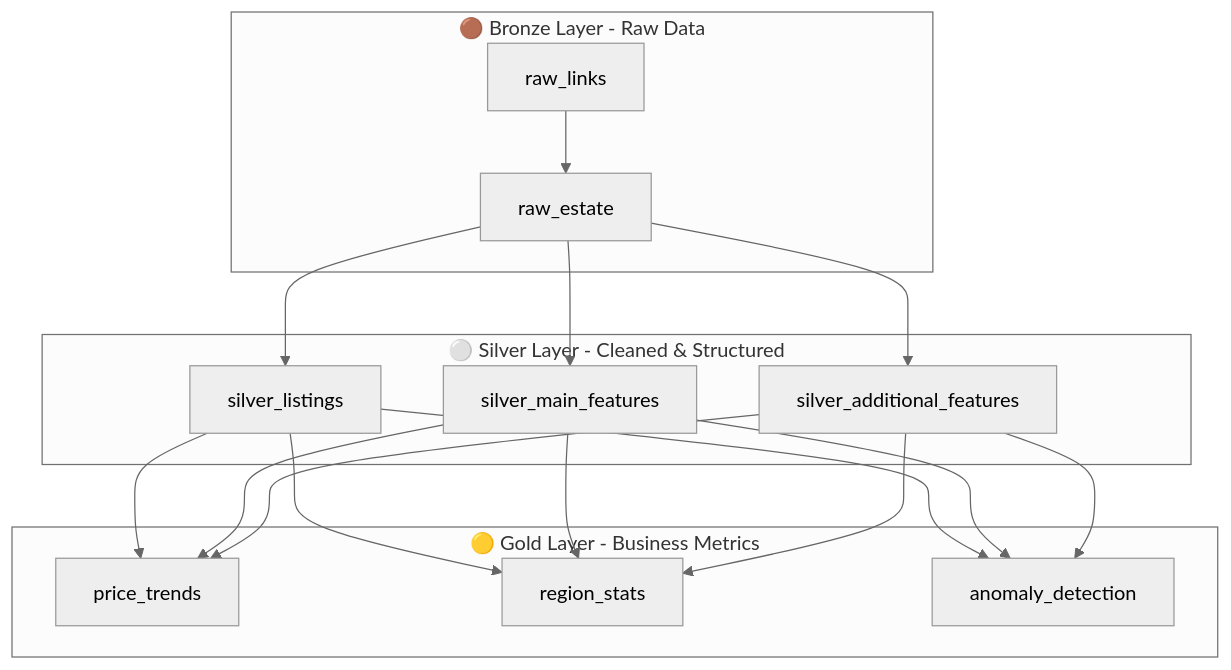
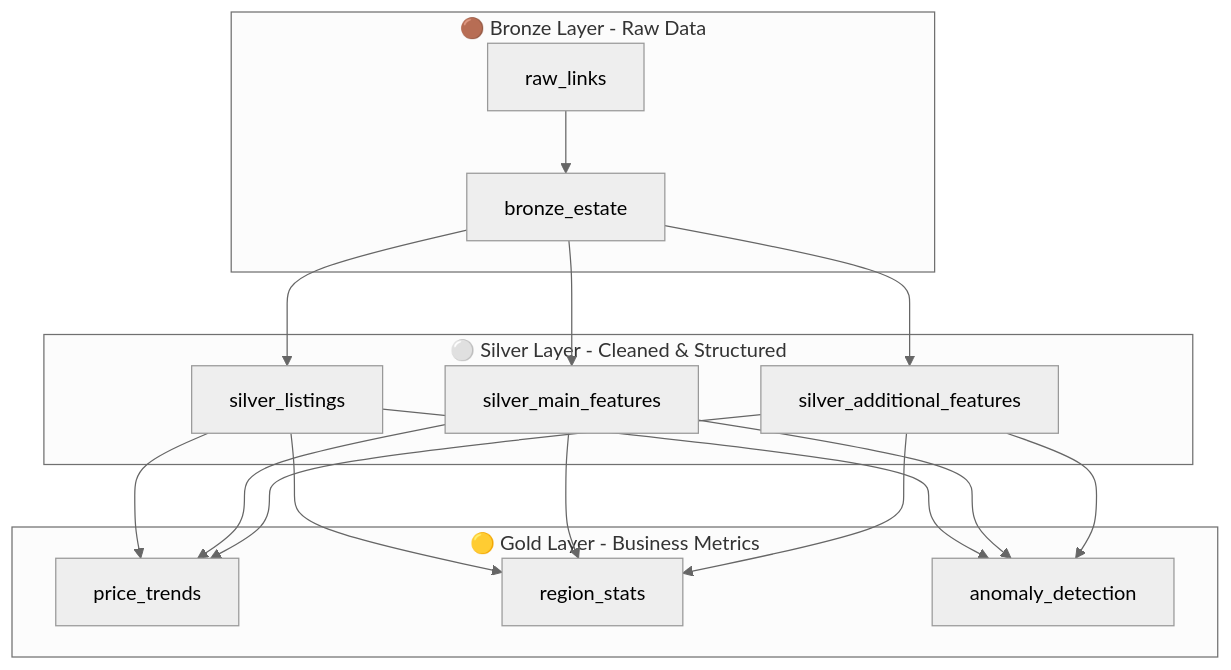
One commit to Revo69/real-estate-analytics-md changed the diagram in docs/README.md. Above: the diagram before and after it, drawn with Mermaid (neutral theme).

````diff
--- a/docs/README.md
+++ b/docs/README.md
@@ -9,22 +9,22 @@
 ```mermaid
 flowchart TD
     subgraph Bronze[🟤 Bronze Layer - Raw Data]
-        A[raw_links] --> B[raw_estate]
+        A[raw_links] --> B[bronze_estate]
     end
     
     subgraph Silver[⚪ Silver Layer - Cleaned & Structured]
         B --> C[silver_listings]
         B --> D[silver_main_features]
         B --> E[silver_additional_features]
     end
     
     subgraph Gold[🟡 Gold Layer - Business Metrics]
         C & D & E --> F[price_trends]
         C & D & E --> G[region_stats]
         C & D & E --> H[anomaly_detection]
     end
 
     class A,B bronze
     class C,D,E silver
     class F,G,H gold
 ```
````
